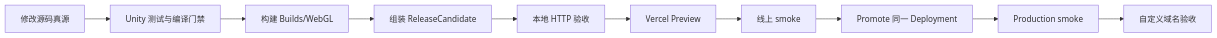
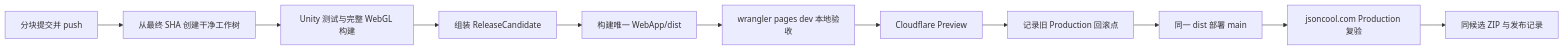
The diagram in Docs/WebGLUiChangeSyncAndDeploymentGuide.zh-CN.md (heng6k/Learn-Heartstone-2026-06-05_09-24-27), drawn with Mermaid before and after one commit. The commit also changed other lines of this file and 4 other files, not shown here.

````diff
--- a/Docs/WebGLUiChangeSyncAndDeploymentGuide.zh-CN.md
+++ b/Docs/WebGLUiChangeSyncAndDeploymentGuide.zh-CN.md
@@ -9,12 +15,13 @@
 ```mermaid
 flowchart LR
-    A["修改源码真源"] --> B["Unity 测试与编译门禁"]
-    B --> C["构建 Builds/WebGL"]
+    A["分块提交并 push"] --> B["从最终 SHA 创建干净工作树"]
+    B --> C["Unity 测试与完整 WebGL 构建"]
     C --> D["组装 ReleaseCandidate"]
-    D --> E["本地 HTTP 验收"]
-    E --> F["Vercel Preview"]
-    F --> G["线上 smoke"]
-    G --> H["Promote 同一 Deployment"]
-    H --> I["Production smoke"]
-    I --> J["自定义域名验收"]
+    D --> E["构建唯一 WebApp/dist"]
+    E --> F["wrangler pages dev 本地验收"]
+    F --> G["Cloudflare Preview"]
+    G --> H["记录旧 Production 回滚点"]
+    H --> I["同一 dist 部署 main"]
+    I --> J["jsoncool.com Production 复验"]
+    J --> K["同候选 ZIP 与发布记录"]
 ```
````
